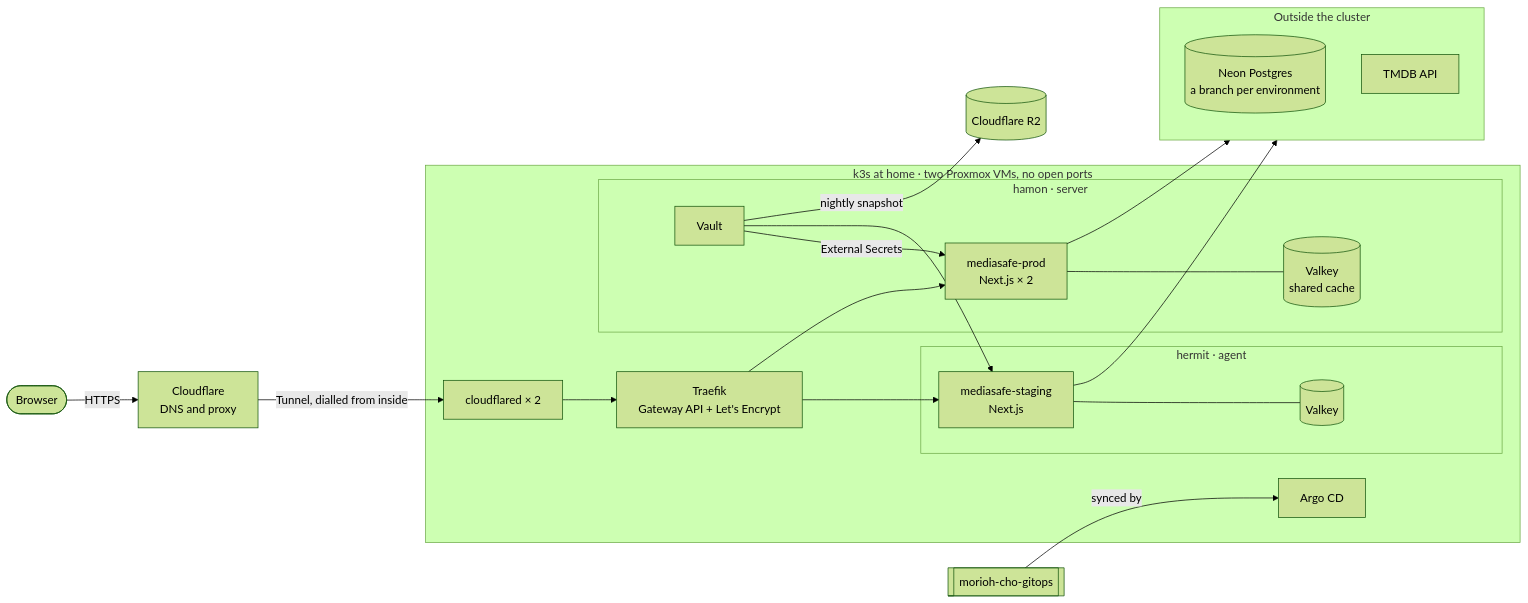
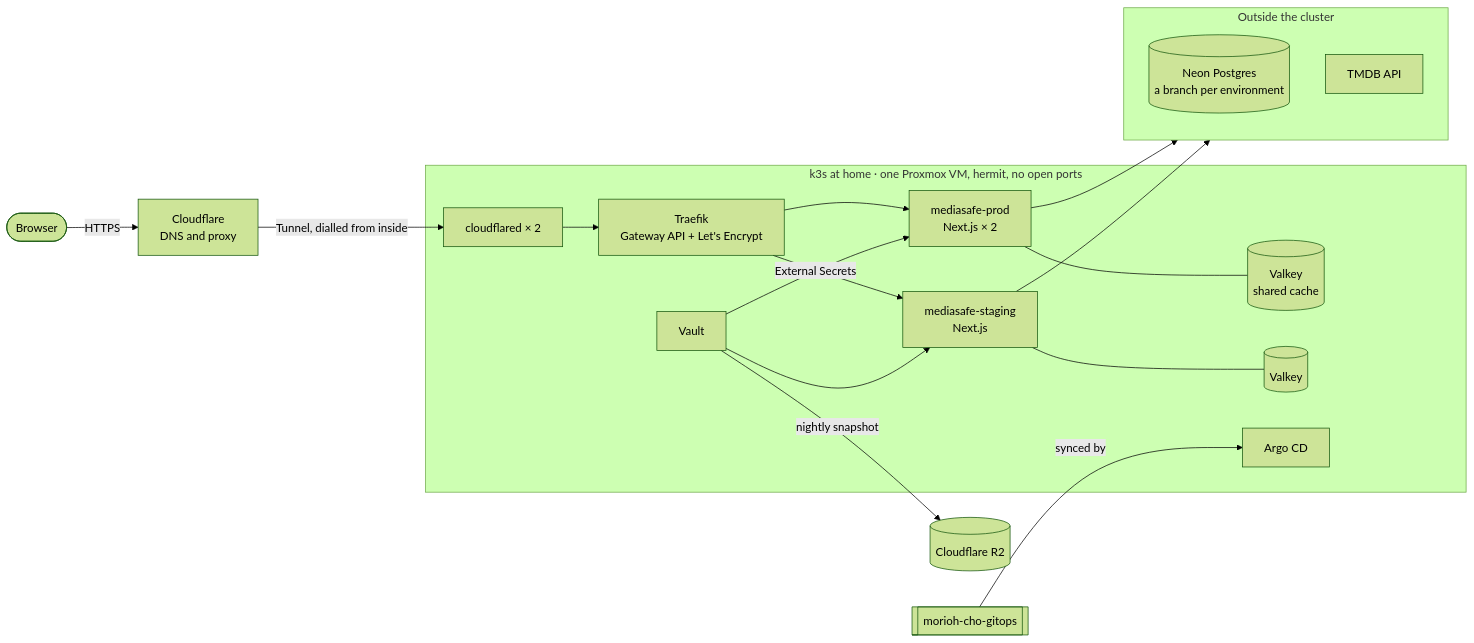
The first of 2 diagrams in README.md (Joyaroin/MediaSafe), drawn with Mermaid (forest theme) before and after one commit. The commit also changed other lines of this file and 5 other files, not shown here.

First line of the commit message:
Describe the cluster as one node, hermit, and record why in ADR 0003

````diff
--- a/README.md
+++ b/README.md
@@ -52,35 +52,31 @@
 ```mermaid
 flowchart LR
   user([Browser]) -->|HTTPS| edge[Cloudflare<br/>DNS and proxy]
   edge -->|"Tunnel, dialled from inside"| cfd
 
-  subgraph home["k3s at home · two Proxmox VMs, no open ports"]
+  subgraph home["k3s at home · one Proxmox VM, hermit, no open ports"]
     cfd["cloudflared × 2"] --> traefik["Traefik<br/>Gateway API + Let's Encrypt"]
-    subgraph hamon["hamon · server"]
-      prod["mediasafe-prod<br/>Next.js × 2"]
-      vprod[(Valkey<br/>shared cache)]
-      vault[Vault]
-    end
-    subgraph hermit["hermit · agent"]
-      staging["mediasafe-staging<br/>Next.js"]
-      vstg[(Valkey)]
-    end
+    prod["mediasafe-prod<br/>Next.js × 2"]
+    vprod[(Valkey<br/>shared cache)]
+    vault[Vault]
+    staging["mediasafe-staging<br/>Next.js"]
+    vstg[(Valkey)]
     traefik --> prod
     traefik --> staging
     prod --- vprod
     staging --- vstg
     vault -->|External Secrets| prod
     vault --> staging
     argo[Argo CD]
   end
 
   subgraph services["Outside the cluster"]
     direction TB
     neon[(Neon Postgres<br/>a branch per environment)]
     tmdb[TMDB API]
   end
 
   prod & staging --> services
   vault -->|nightly snapshot| r2[(Cloudflare R2)]
   gitops[[morioh-cho-gitops]] -->|synced by| argo
 ```
````
